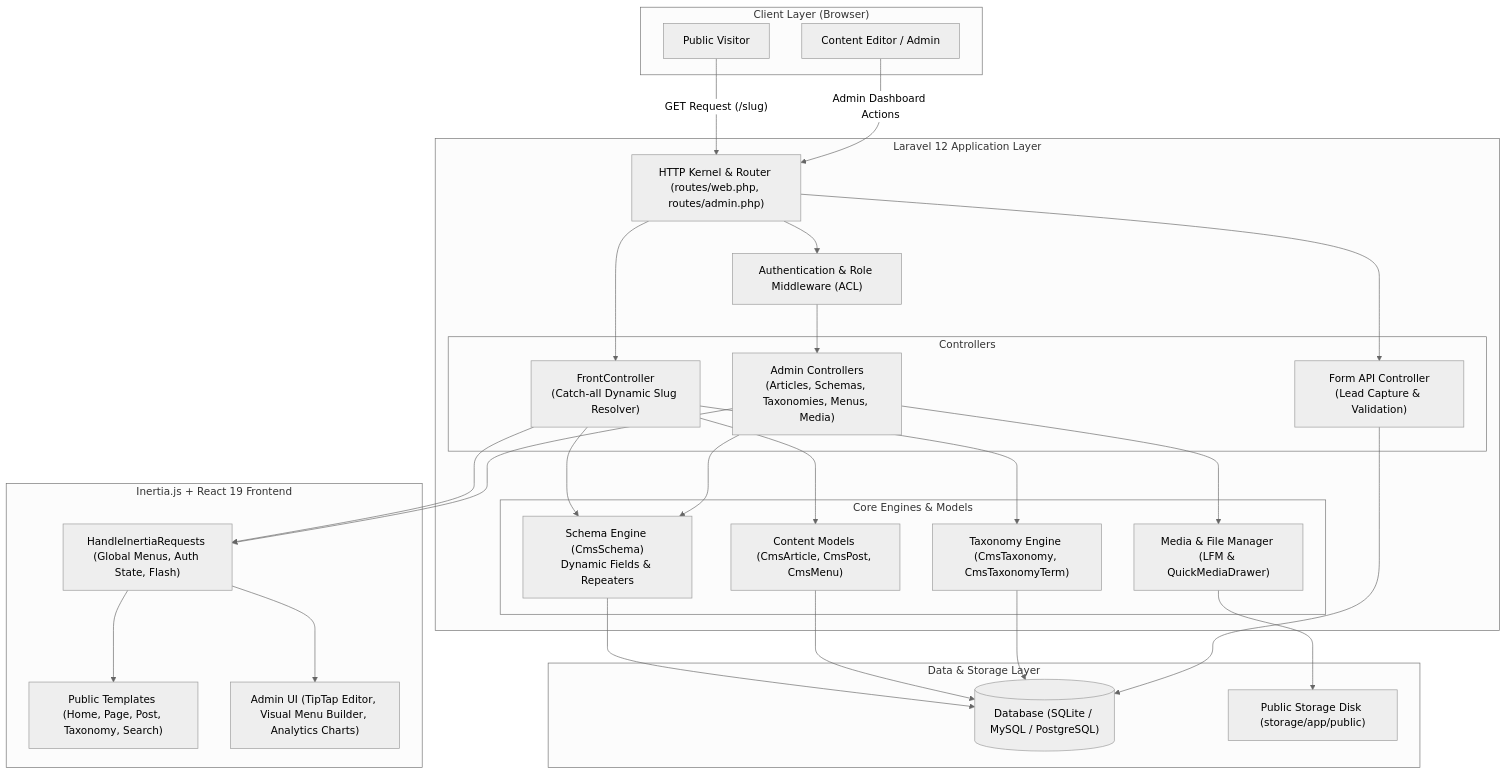
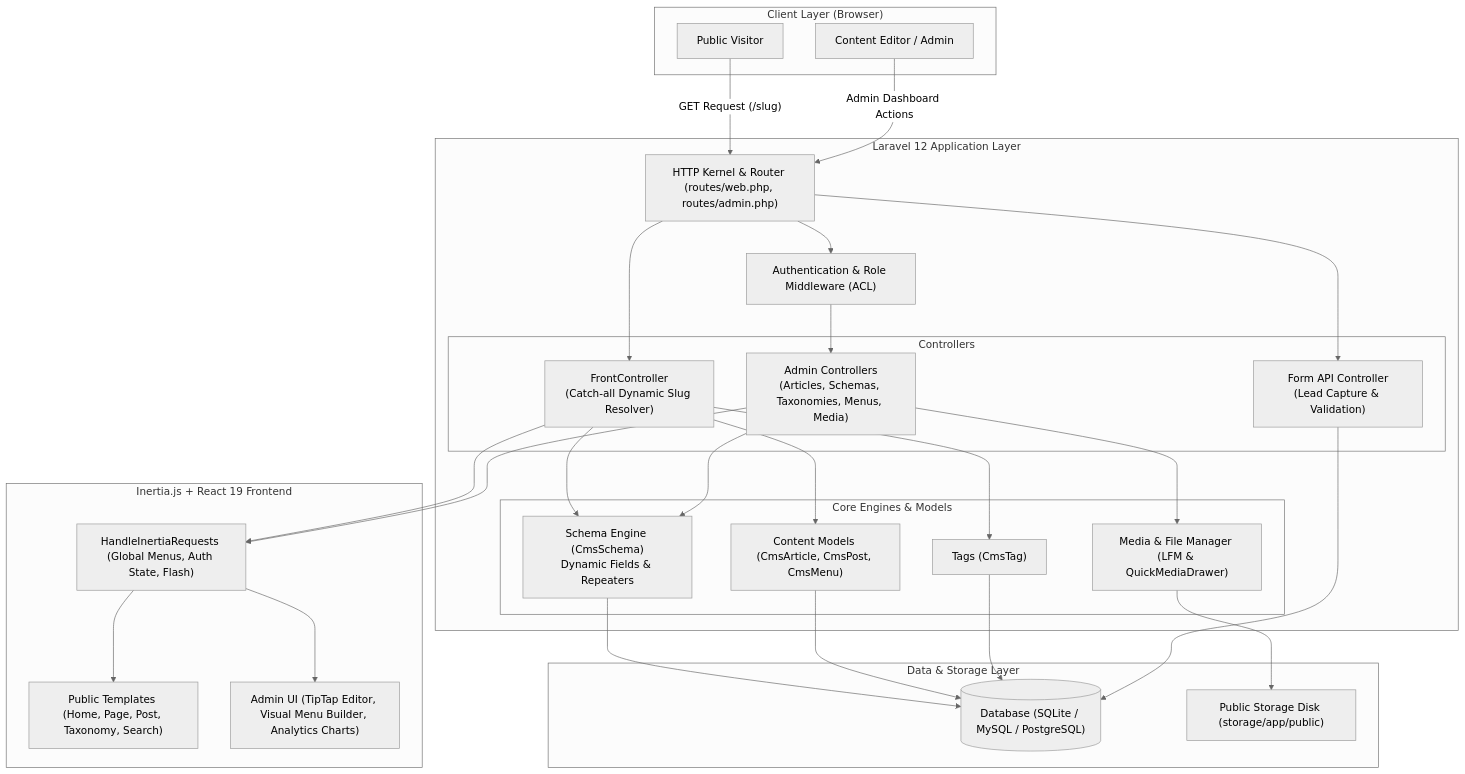
The first of 4 diagrams in README.md (fishercom/mewcms), drawn with Mermaid (neutral theme) before and after one commit. The commit also changed other lines of this file and 1 other file, not shown here.

````diff
--- a/README.md
+++ b/README.md
@@ -59,62 +64,62 @@
 ```mermaid
 flowchart TB
     subgraph ClientLayer ["Client Layer (Browser)"]
         PublicUser["Public Visitor"]
         AdminUser["Content Editor / Admin"]
     end
 
     subgraph AppLayer ["Laravel 12 Application Layer"]
         Router["HTTP Kernel & Router (routes/web.php, routes/admin.php)"]
         AuthMiddleware["Authentication & Role Middleware (ACL)"]
         
         subgraph Controllers ["Controllers"]
             FrontCtrl["FrontController<br/>(Catch-all Dynamic Slug Resolver)"]
             AdminCtrl["Admin Controllers<br/>(Articles, Schemas, Taxonomies, Menus, Media)"]
             FormCtrl["Form API Controller<br/>(Lead Capture & Validation)"]
         end
 
         subgraph Services ["Core Engines & Models"]
             SchemaEngine["Schema Engine (CmsSchema)<br/>Dynamic Fields & Repeaters"]
             ContentEngine["Content Models (CmsArticle, CmsPost, CmsMenu)"]
-            TaxonomyEngine["Taxonomy Engine (CmsTaxonomy, CmsTaxonomyTerm)"]
+            TaxonomyEngine["Tags (CmsTag)"]
             MediaEngine["Media & File Manager (LFM & QuickMediaDrawer)"]
         end
     end
 
     subgraph PresentationLayer ["Inertia.js + React 19 Frontend"]
         InertiaBridge["HandleInertiaRequests (Global Menus, Auth State, Flash)"]
         PublicViews["Public Templates (Home, Page, Post, Taxonomy, Search)"]
         AdminUI["Admin UI (TipTap Editor, Visual Menu Builder, Analytics Charts)"]
     end
 
     subgraph DataLayer ["Data & Storage Layer"]
         DB[("Database (SQLite / MySQL / PostgreSQL)")]
         StorageDisk["Public Storage Disk (storage/app/public)"]
     end
 
     PublicUser -->|"GET Request (/slug)"| Router
     AdminUser -->|"Admin Dashboard Actions"| Router
 
     Router --> AuthMiddleware
     Router --> FrontCtrl
     Router --> FormCtrl
     AuthMiddleware --> AdminCtrl
 
     FrontCtrl --> SchemaEngine
     FrontCtrl --> ContentEngine
     FrontCtrl --> TaxonomyEngine
     AdminCtrl --> MediaEngine
     AdminCtrl --> SchemaEngine
 
     FrontCtrl --> InertiaBridge
     AdminCtrl --> InertiaBridge
 
     InertiaBridge --> PublicViews
     InertiaBridge --> AdminUI
 
     SchemaEngine --> DB
     ContentEngine --> DB
     TaxonomyEngine --> DB
     FormCtrl --> DB
     MediaEngine --> StorageDisk
 ```
````
